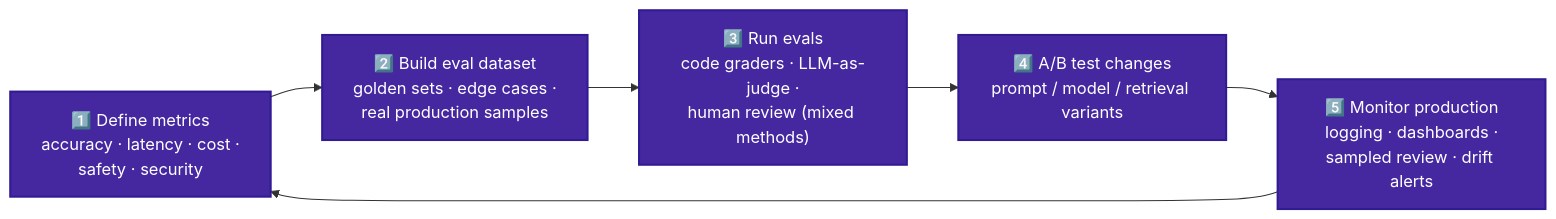
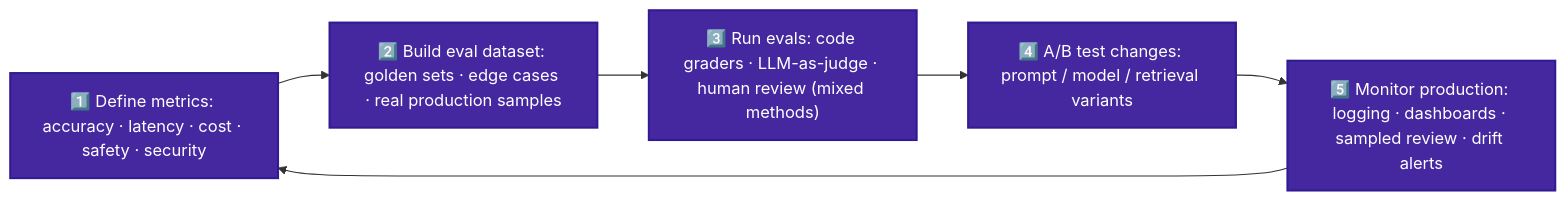
One commit to parmar-m/claude-architect-certification-prep changed the first of 2 diagrams in CCA-P/domains/d4-evaluation-testing-optimization.md. Above: the diagram before and after it, drawn with Mermaid. The commit also changed other lines of this file and 24 other files, not shown here.

Commit message:
fix html tags in mmd diagrams

````diff
--- a/CCA-P/domains/d4-evaluation-testing-optimization.md
+++ b/CCA-P/domains/d4-evaluation-testing-optimization.md
@@ -12,10 +12,10 @@
 ```mermaid
 flowchart LR
-    DEF["1️⃣ Define metrics<br/>accuracy · latency · cost ·<br/>safety · security"] --> DS["2️⃣ Build eval dataset<br/>golden sets · edge cases ·<br/>real production samples"]
-    DS --> RUN["3️⃣ Run evals<br/>code graders · LLM-as-judge ·<br/>human review (mixed methods)"]
-    RUN --> AB["4️⃣ A/B test changes<br/>prompt / model / retrieval variants"]
-    AB --> MON["5️⃣ Monitor production<br/>logging · dashboards ·<br/>sampled review · drift alerts"]
+    DEF["1️⃣ Define metrics: accuracy · latency · cost · safety · security"] --> DS["2️⃣ Build eval dataset: golden sets · edge cases · real production samples"]
+    DS --> RUN["3️⃣ Run evals: code graders · LLM-as-judge · human review (mixed methods)"]
+    RUN --> AB["4️⃣ A/B test changes: prompt / model / retrieval variants"]
+    AB --> MON["5️⃣ Monitor production: logging · dashboards · sampled review · drift alerts"]
     MON --> DEF
     classDef step fill:#4527A0,color:#fff,stroke:#311B92,stroke-width:2px
     class DEF,DS,RUN,AB,MON step
 ```
````
